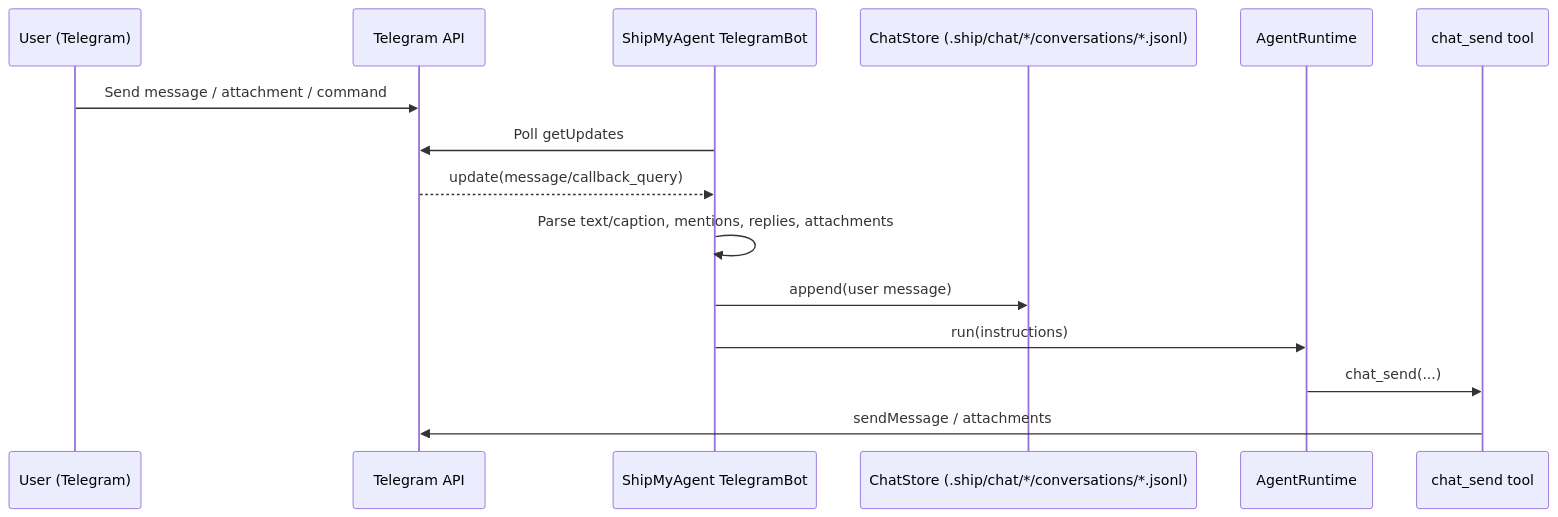
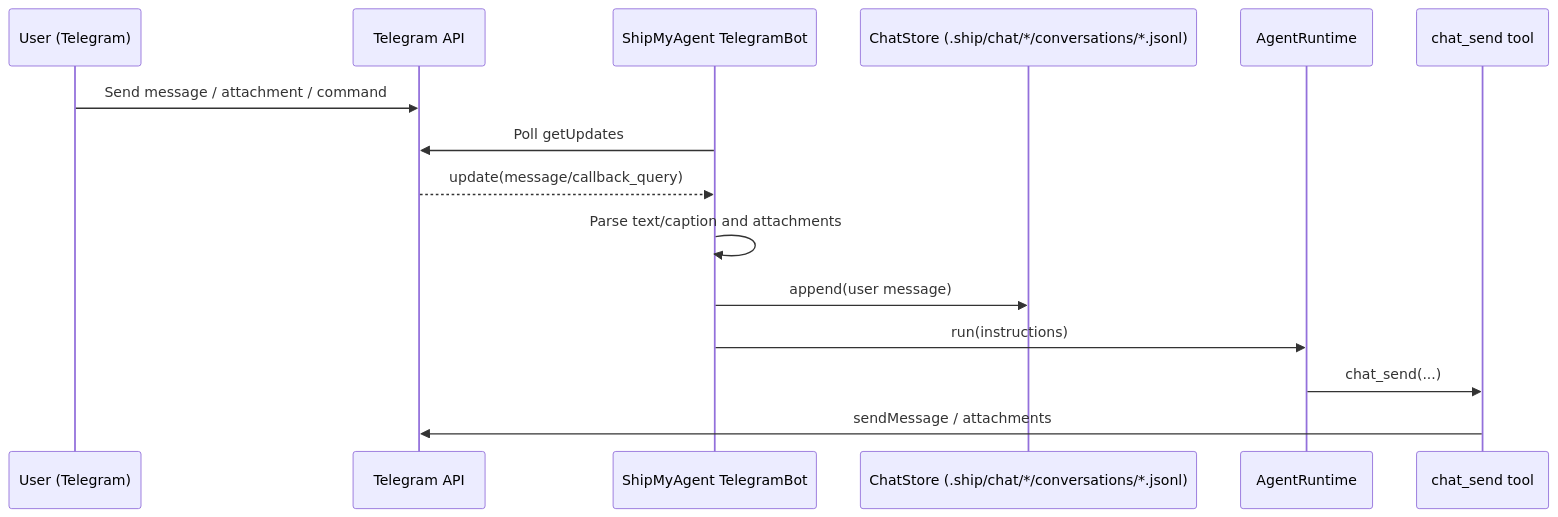
One commit to wangenius/downcity changed the diagram in homepage/content/docs/en/services/chat/telegram-message-flow.mdx. Above: the diagram before and after it, drawn with Mermaid. The commit also changed other lines of this file and 73 other files, not shown here.

````diff
--- a/homepage/content/docs/en/services/chat/telegram-message-flow.mdx
+++ b/homepage/content/docs/en/services/chat/telegram-message-flow.mdx
@@ -16,19 +16,19 @@
 ```mermaid
 sequenceDiagram
   participant U as User (Telegram)
   participant TG as Telegram API
   participant BOT as ShipMyAgent TelegramBot
   participant CS as ChatStore (.ship/chat/*/conversations/*.jsonl)
   participant RT as AgentRuntime
   participant T as chat_send tool
 
   U->>TG: Send message / attachment / command
   BOT->>TG: Poll getUpdates
   TG-->>BOT: update(message/callback_query)
 
-  BOT->>BOT: Parse text/caption, mentions, replies, attachments
+  BOT->>BOT: Parse text/caption and attachments
   BOT->>CS: append(user message)
   BOT->>RT: run(instructions)
   RT->>T: chat_send(...)
   T->>TG: sendMessage / attachments
 ```
````
